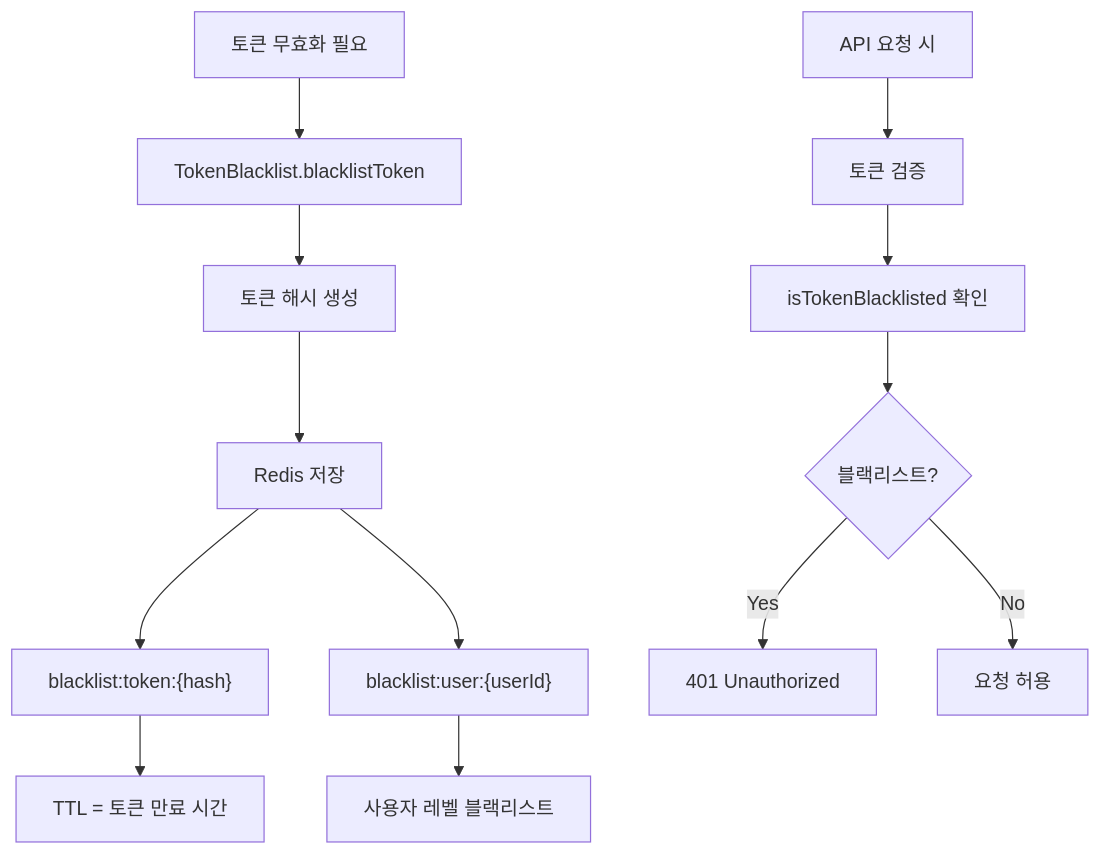
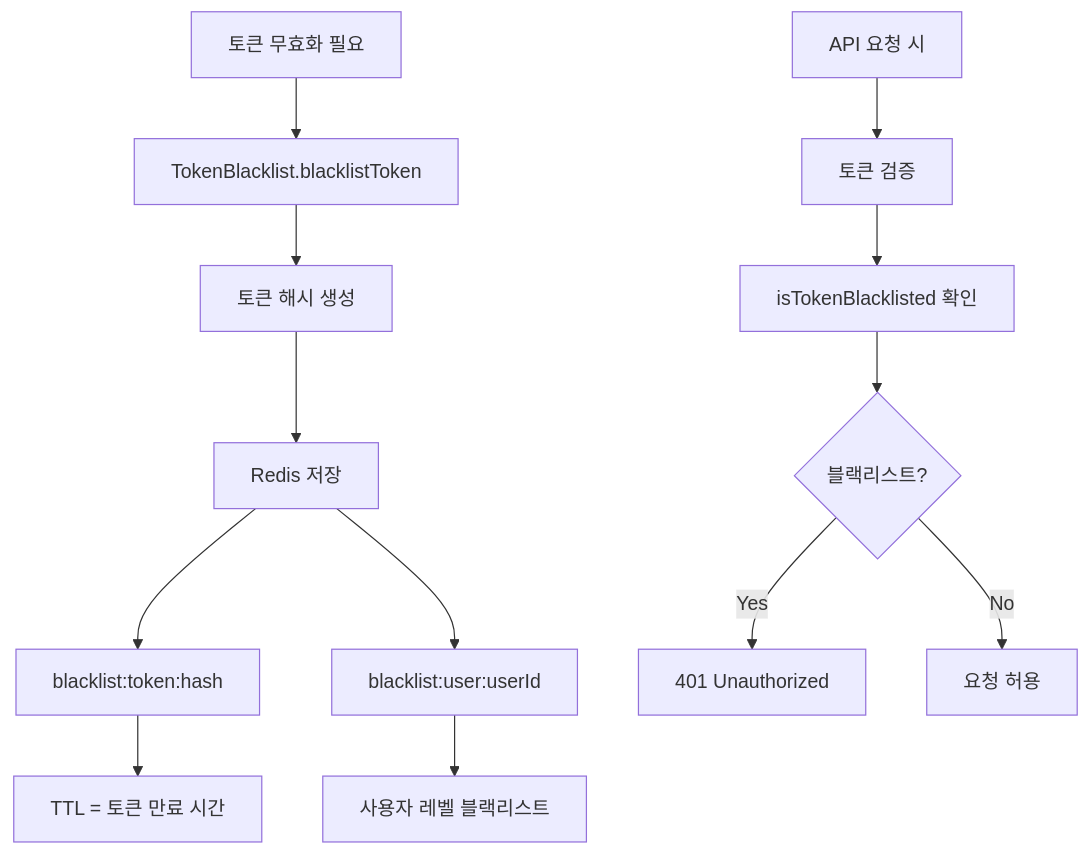
One commit to maximizest/connecto-nest changed diagram 20 of 34 in .md/flow.md. Above: the diagram before and after it, drawn with Mermaid. The commit also changed other lines of this file, not shown here.

Commit message:
API 문서 업데이트: 흐름 다이어그램에서 API 엔드포인트의 형식을 통일하여 가독성을 향상시키고, 각 요청의 경로를 명확히 수정함. 사용자 차단 및 강제 로그아웃 관련 흐름을 개선하여 문서의 일관성을 높임.

````diff
--- a/.md/flow.md
+++ b/.md/flow.md
@@ -775,19 +775,19 @@
 ```mermaid
 graph TD
     A[토큰 무효화 필요] --> B[TokenBlacklist.blacklistToken]
     B --> C[토큰 해시 생성]
     
     C --> D[Redis 저장]
-    D --> E["blacklist:token:{hash}"]
-    D --> F["blacklist:user:{userId}"]
+    D --> E[blacklist:token:hash]
+    D --> F[blacklist:user:userId]
     
     E --> G[TTL = 토큰 만료 시간]
     F --> H[사용자 레벨 블랙리스트]
     
     I[API 요청 시] --> J[토큰 검증]
     J --> K[isTokenBlacklisted 확인]
     
     K --> L{블랙리스트?}
     L -->|Yes| M[401 Unauthorized]
     L -->|No| N[요청 허용]
 ```
````
